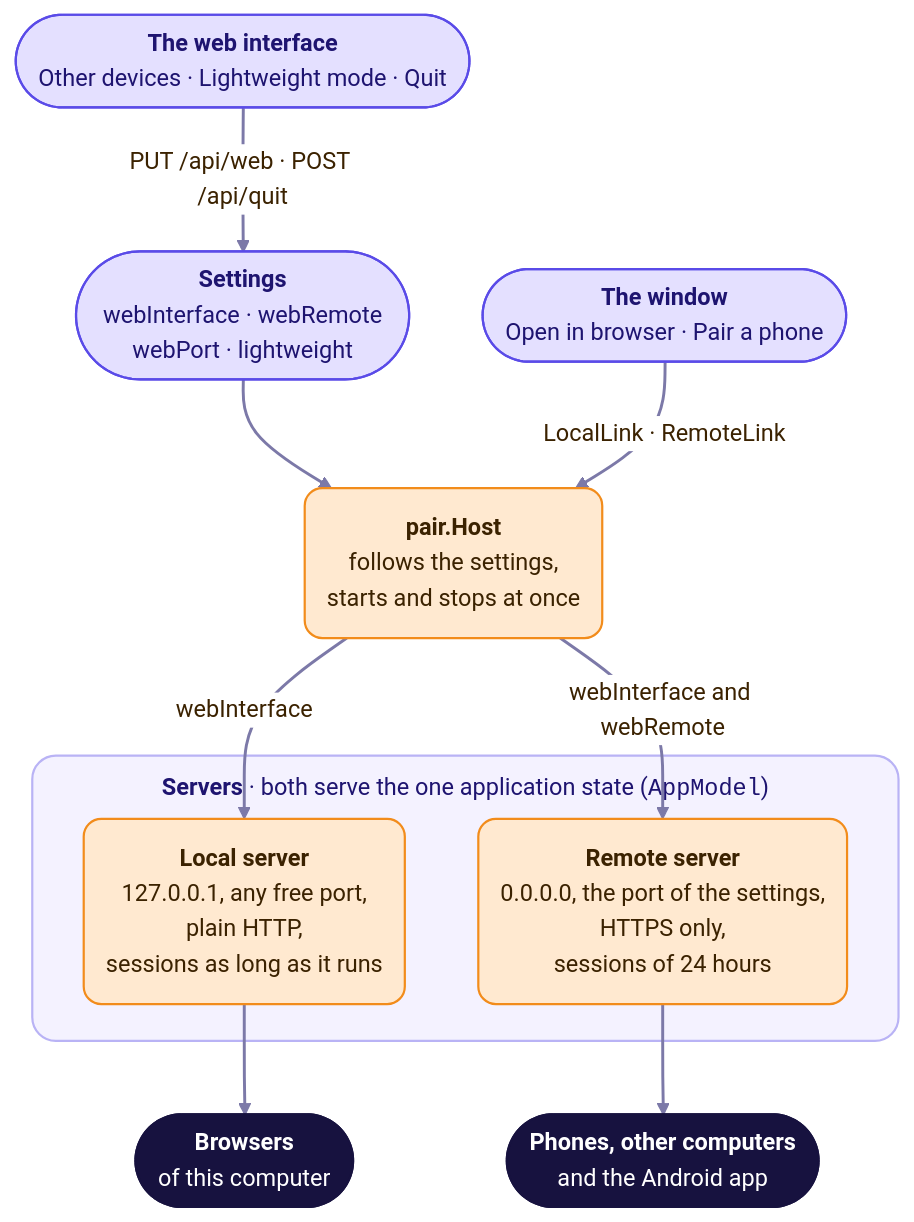
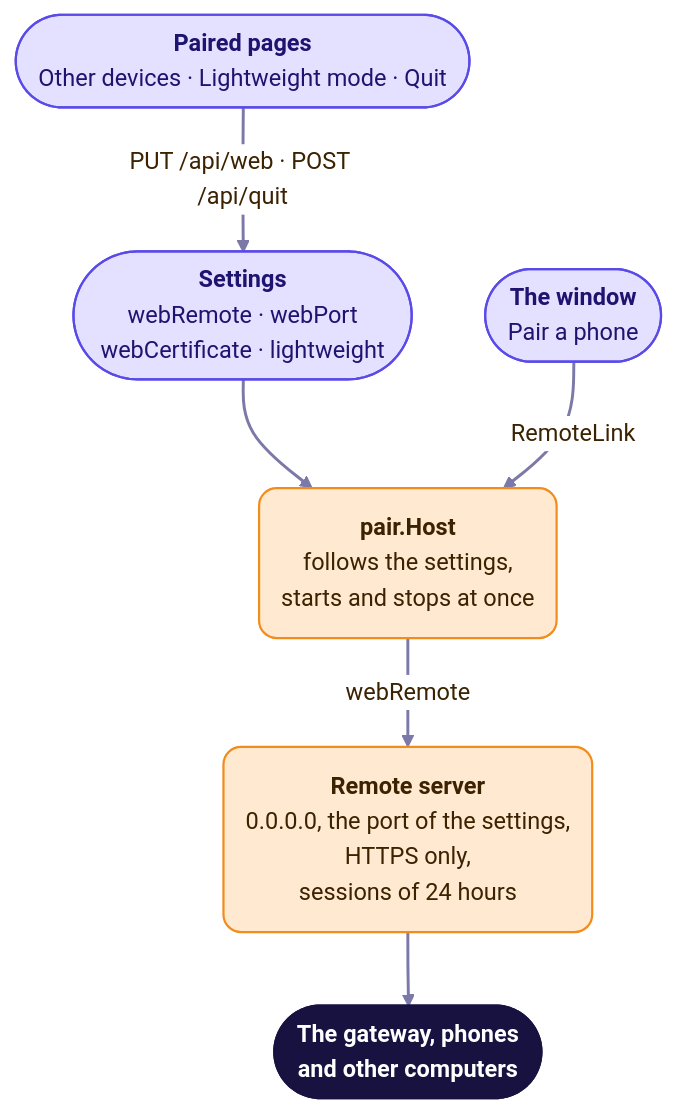
The third of 5 diagrams in docs/en/dev/architecture.md (version-fox/vfox-plus), drawn with Mermaid before and after one commit. The commit also changed other lines of this file and 336 other files, not shown here.

First line of the commit message:
Move the phone app to mygo; serve the web interface from the gateway only (#70)

````diff
--- a/docs/en/dev/architecture.md
+++ b/docs/en/dev/architecture.md
@@ -373,45 +375,39 @@
 ```mermaid
 ---
 config:
   theme: base
   themeVariables:
     fontFamily: "system-ui, -apple-system, 'Segoe UI', 'Noto Sans', 'Noto Sans CJK SC', 'PingFang SC', 'Microsoft YaHei', sans-serif"
     lineColor: "#7C79A8"
     primaryColor: "#FFE9D0"
     primaryBorderColor: "#F28C1B"
     primaryTextColor: "#3B2200"
     clusterBkg: "#F4F2FF"
     clusterBorder: "#B9B3F5"
     titleColor: "#1E1470"
     edgeLabelBackground: "#FFFFFF"
   flowchart:
     curve: basis
     wrappingWidth: 320
     subGraphTitleMargin:
       top: 10
       bottom: 8
 ---
 flowchart TB
-    accTitle: How the settings decide which servers run
-    accDescr: The settings webInterface, webRemote, webPort and lightweight are read by the Host. With webInterface on, it runs a loopback server for the browsers of this computer. With webRemote on as well, it runs a second server over HTTPS for phones and other computers. Both serve the same application state. The window makes links for both and the pages of the web interface change the settings.
-    set(["<b>Settings</b><br/>webInterface · webRemote<br/>webPort · lightweight"]) --> host("<b>pair.Host</b><br/>follows the settings,<br/>starts and stops at once")
-    subgraph servers["<b>Servers</b> · both serve the one application state (<code>AppModel</code>)"]
-        loc("<b>Local server</b><br/>127.0.0.1, any free port,<br/>plain HTTP,<br/>sessions as long as it runs")
-        rem("<b>Remote server</b><br/>0.0.0.0, the port of the settings,<br/>HTTPS only,<br/>sessions of 24 hours")
-    end
-    host -->|webInterface| loc
-    host -->|"webInterface and webRemote"| rem
-    loc --> b1(["<b>Browsers</b><br/>of this computer"])
-    rem --> b2(["<b>Phones, other computers</b><br/>and the Android app"])
-    win(["<b>The window</b><br/>Open in browser · Pair a phone"]) -->|"LocalLink · RemoteLink"| host
-    web(["<b>The web interface</b><br/>Other devices · Lightweight mode · Quit"]) -->|"PUT /api/web · POST /api/quit"| set
+    accTitle: How the settings decide whether other devices connect
+    accDescr: The settings webRemote, webPort and the certificate are read by the Host. With webRemote on, it runs a server over HTTPS for the Docker gateway, phones and other computers. The window makes the pairing links, and the paired pages change the settings.
+    set(["<b>Settings</b><br/>webRemote · webPort<br/>webCertificate · lightweight"]) --> host("<b>pair.Host</b><br/>follows the settings,<br/>starts and stops at once")
+    rem("<b>Remote server</b><br/>0.0.0.0, the port of the settings,<br/>HTTPS only,<br/>sessions of 24 hours")
+    host -->|webRemote| rem
+    rem --> b2(["<b>The gateway, phones<br/>and other computers</b>"])
+    win(["<b>The window</b><br/>Pair a phone"]) -->|"RemoteLink"| host
+    web(["<b>Paired pages</b><br/>Other devices · Lightweight mode · Quit"]) -->|"PUT /api/web · POST /api/quit"| set
 
     classDef cfg fill:#E4E0FF,stroke:#5A4BE8,color:#1E1470,stroke-width:1.5px
     classDef own fill:#FFE9D0,stroke:#F28C1B,color:#3B2200,stroke-width:1.5px,rx:12,ry:12
     classDef client fill:#17123F,stroke:#17123F,color:#FFFFFF,stroke-width:1.5px
     class set,win,web cfg
-    class host,loc,rem own
-    class b1,b2 client
-    style servers fill:#F4F2FF,stroke:#B9B3F5,stroke-width:1.5px,rx:16,ry:16
+    class host,rem own
+    class b2 client
     linkStyle default stroke-width:2px
 ```
````
